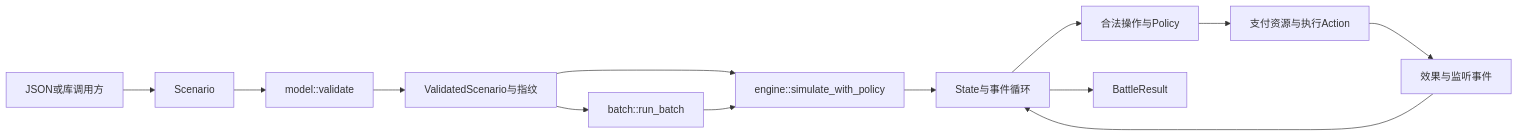
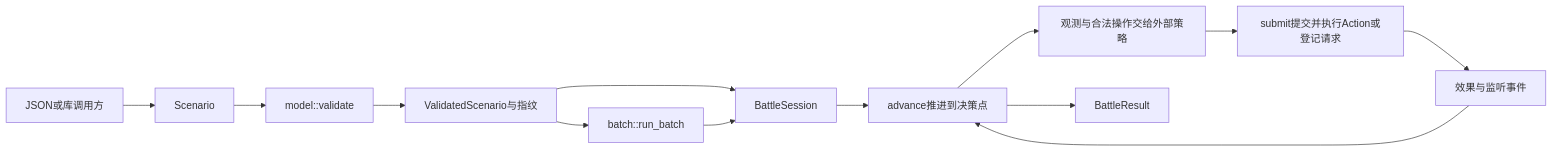
Before and after one commit to Sakura-Ex/Hyacimicon: the diagram in docs/modules/battle-simulation/design.md, drawn with Mermaid. The commit also changed other lines of this file and 13 other files, not shown here.

````diff
--- a/docs/modules/battle-simulation/design.md
+++ b/docs/modules/battle-simulation/design.md
@@ -56,15 +57,15 @@
 ```mermaid
 flowchart LR
     A[JSON或库调用方] --> B[Scenario]
     B --> C[model::validate]
     C --> D[ValidatedScenario与指纹]
-    D --> E[engine::simulate_with_policy]
-    E --> F[State与事件循环]
-    F --> G[合法操作与Policy]
-    G --> H[支付资源与执行Action]
+    D --> E[BattleSession]
+    E --> F[advance推进到决策点]
+    F --> G[观测与合法操作交给外部策略]
+    G --> H[submit提交并执行Action或登记请求]
     H --> I[效果与监听事件]
     I --> F
     F --> J[BattleResult]
     D --> K[batch::run_batch]
     K --> E
 ```
````
